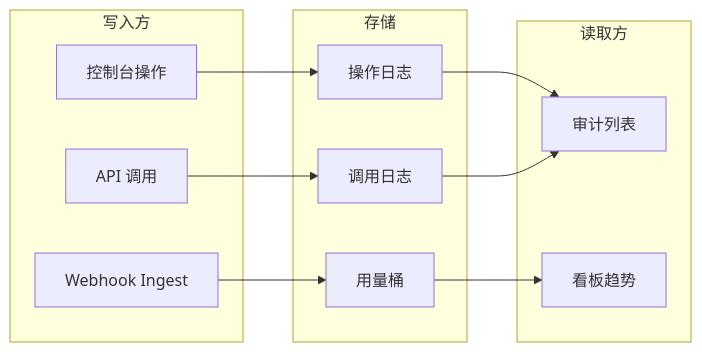
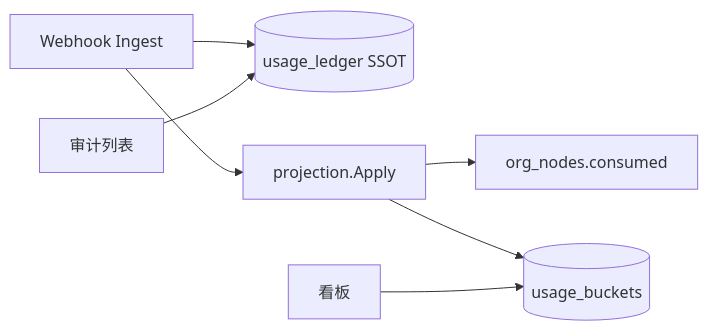
The eighth of 10 diagrams in docs/Backend-存储架构.md (quyip8818/mytokenjoy), drawn with Mermaid before and after one commit. The commit also changed other lines of this file and 132 other files, not shown here.

````diff
--- a/docs/Backend-存储架构.md
+++ b/docs/Backend-存储架构.md
@@ -287,23 +188,9 @@
 ```mermaid
 flowchart LR
-  subgraph write [写入方]
-    CON[控制台操作]
-    API[API 调用]
-    WH[Webhook Ingest]
-  end
-
-  subgraph store [存储]
-    OL[操作日志]
-    CL[调用日志]
-    UB[用量桶]
-  end
-
-  subgraph read [读取方]
-    AUD[审计列表]
-    DASH[看板趋势]
-  end
-
-  CON --> OL --> AUD
-  API --> CL --> AUD
-  WH --> UB --> DASH
+  WH[Webhook Ingest] --> UL[(usage_ledger SSOT)]
+  WH --> PROJ[projection.Apply]
+  PROJ --> CONS[org_nodes.consumed]
+  PROJ --> UB[(usage_buckets)]
+  DASH[看板] --> UB
+  AUD[审计列表] --> UL
 ```
````
